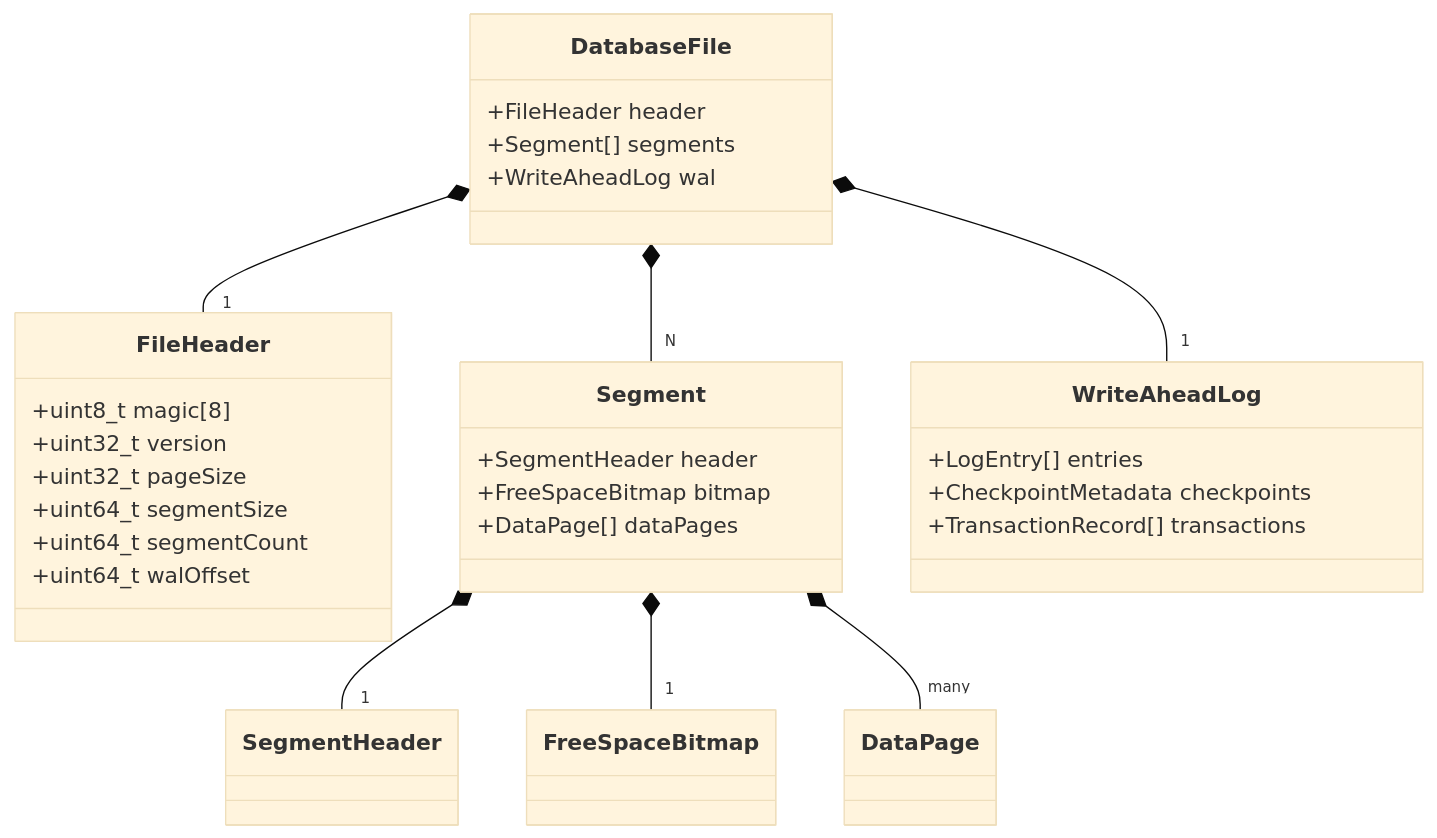
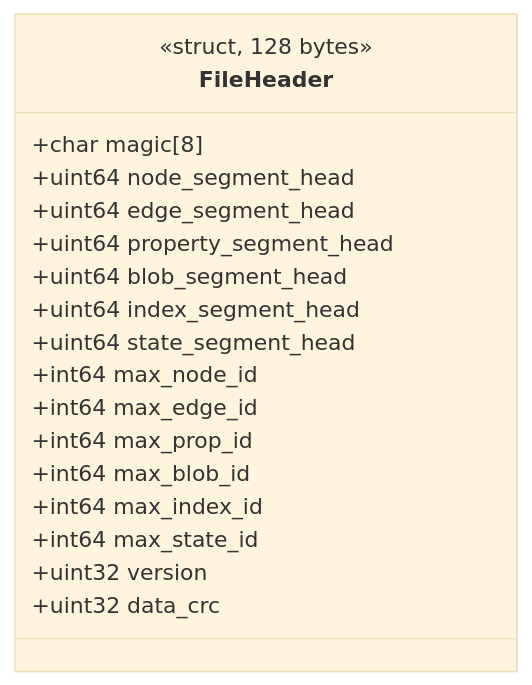
The second of 6 diagrams in docs/apps/docs/content/docs/en/zyx/architecture/segment-format.mdx (nexepic/zyx), drawn with Mermaid (base theme) before and after one commit. The commit also changed other lines of this file and 73 other files, not shown here.

````diff
--- a/docs/apps/docs/content/docs/en/zyx/architecture/segment-format.mdx
+++ b/docs/apps/docs/content/docs/en/zyx/architecture/segment-format.mdx
@@ -29,36 +55,21 @@
 ```mermaid
 classDiagram
-    class DatabaseFile {
-        +FileHeader header
-        +Segment[] segments
-        +WriteAheadLog wal
+    class FileHeader {
+        <<struct, 128 bytes>>
+        +char magic[8]
+        +uint64 node_segment_head
+        +uint64 edge_segment_head
+        +uint64 property_segment_head
+        +uint64 blob_segment_head
+        +uint64 index_segment_head
+        +uint64 state_segment_head
+        +int64 max_node_id
+        +int64 max_edge_id
+        +int64 max_prop_id
+        +int64 max_blob_id
+        +int64 max_index_id
+        +int64 max_state_id
+        +uint32 version
+        +uint32 data_crc
     }
-
-    class FileHeader {
-        +uint8_t magic[8]
-        +uint32_t version
-        +uint32_t pageSize
-        +uint64_t segmentSize
-        +uint64_t segmentCount
-        +uint64_t walOffset
-    }
-
-    class Segment {
-        +SegmentHeader header
-        +FreeSpaceBitmap bitmap
-        +DataPage[] dataPages
-    }
-
-    class WriteAheadLog {
-        +LogEntry[] entries
-        +CheckpointMetadata checkpoints
-        +TransactionRecord[] transactions
-    }
-
-    DatabaseFile *-- "1" FileHeader
-    DatabaseFile *-- "N" Segment
-    DatabaseFile *-- "1" WriteAheadLog
-    Segment *-- "1" SegmentHeader
-    Segment *-- "1" FreeSpaceBitmap
-    Segment *-- "many" DataPage
 ```
````
